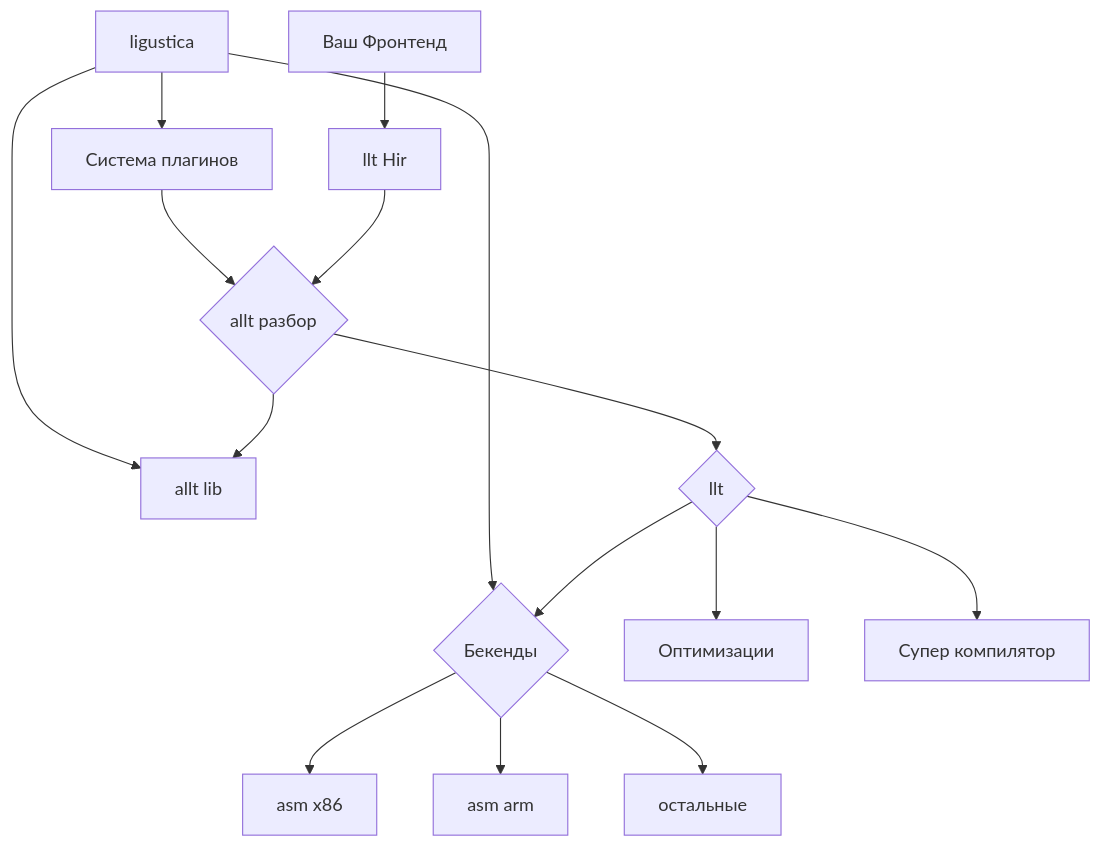
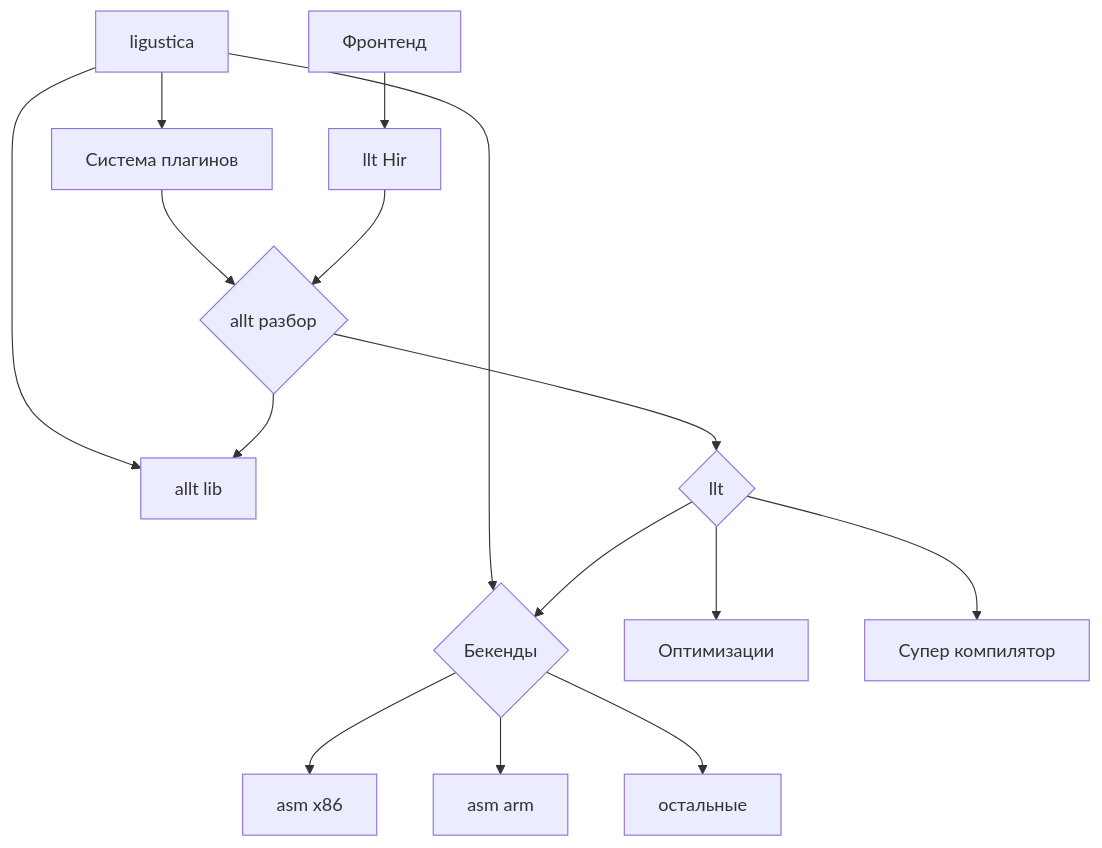
One commit to llt-project/.github changed the diagram in profile/README.md. Above: the diagram before and after it, drawn with Mermaid. The commit also changed other lines of this file, not shown here.

````diff
--- a/profile/README.md
+++ b/profile/README.md
@@ -5,24 +10,24 @@
 ```mermaid
 graph TD
-  F[Ваш Фронтенд] --> IR[llt Hir]
+  F[Фронтенд] --> IR[llt Hir]
 
   L[ligustica] --> SP[Система плагинов]
   L --> aLIB
   L --> BK
 
   SP --> ALLT
 
   IR --> ALLT{allt разбор}
 
   ALLT --> aLIB[allt lib]
 
   
   ALLT --> LLT{llt} --> OPT[Оптимизации]
 
   LLT --> BK{Бекенды}
   LLT --> LLSC[Супер компилятор]
 
   BK --> A86[asm x86]
   BK --> AARM[asm arm]
   BK --> ITD[остальные]
 ```
````
